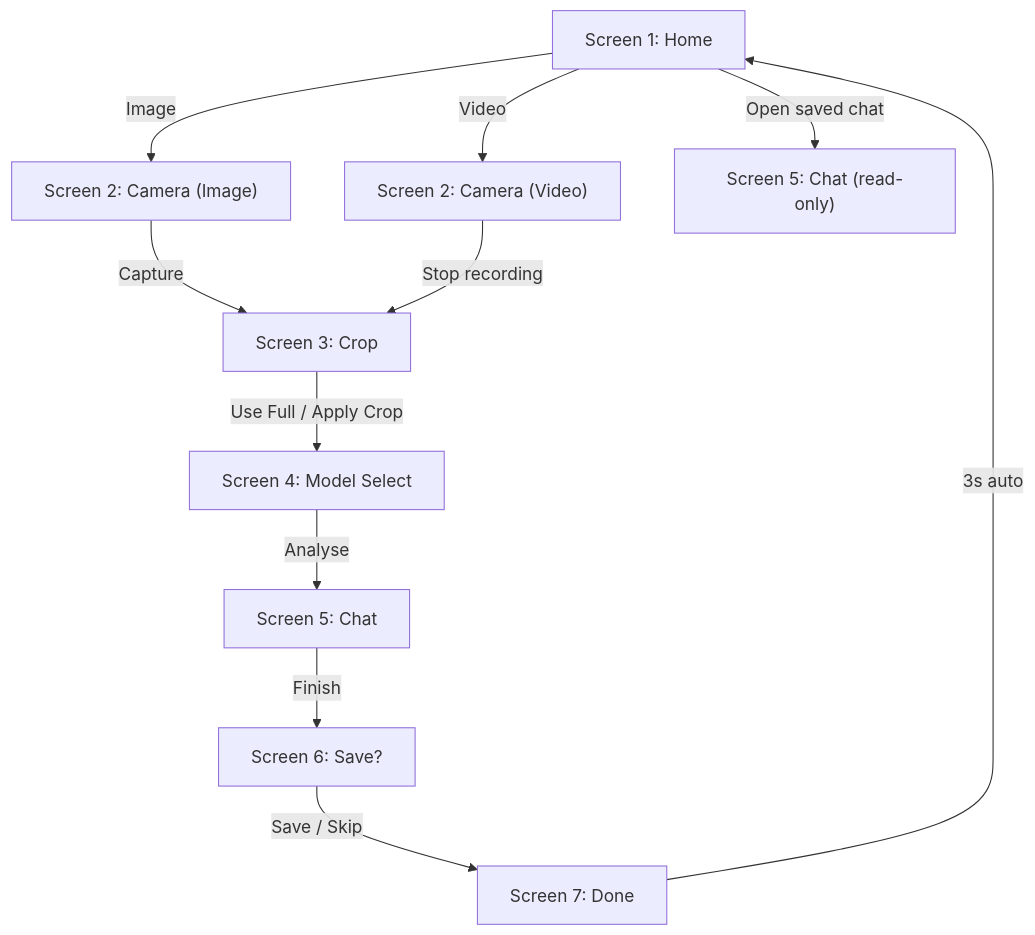
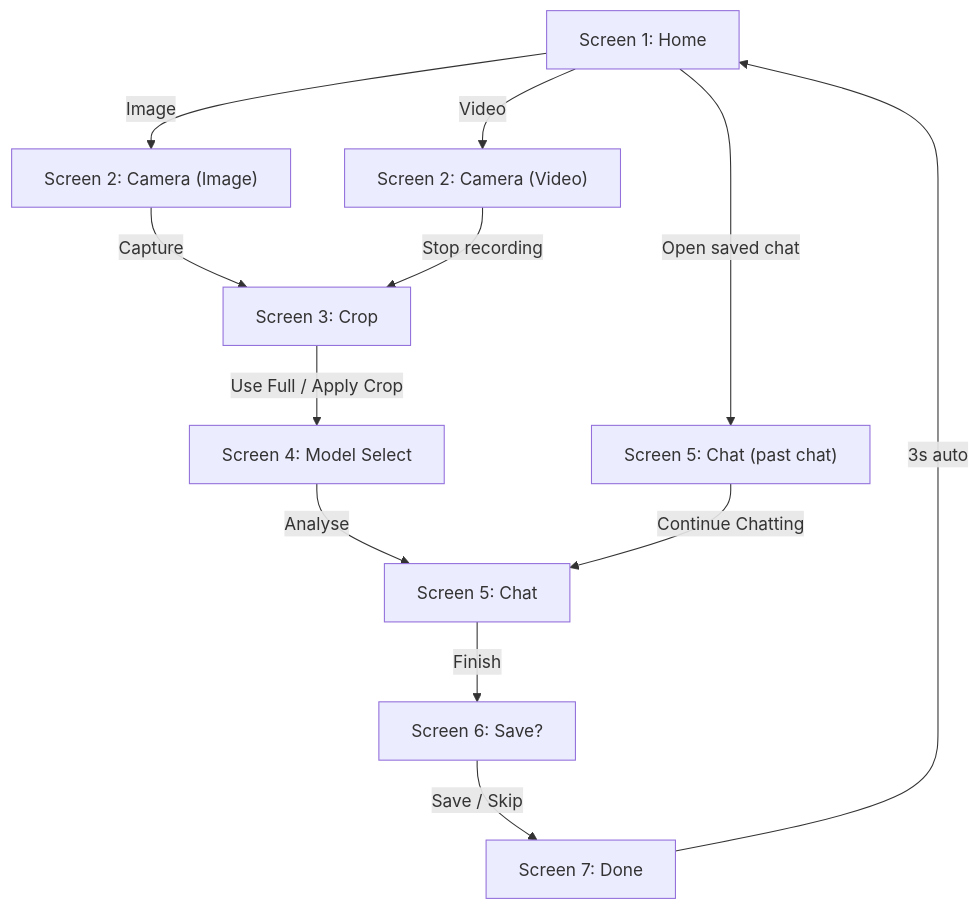
Before and after one commit to Kureishi/Camera_LLM_Inference: the diagram in README.md, drawn with Mermaid.

````diff
--- a/README.md
+++ b/README.md
@@ -54,13 +54,14 @@
 ```mermaid
 graph TD;
     S1["Screen 1: Home"] -->|Image| S2I["Screen 2: Camera (Image)"];
     S1 -->|Video| S2V["Screen 2: Camera (Video)"];
     S2I -->|Capture| S3["Screen 3: Crop"];
     S2V -->|Stop recording| S3;
     S3 -->|Use Full / Apply Crop| S4["Screen 4: Model Select"];
     S4 -->|Analyse| S5["Screen 5: Chat"];
     S5 -->|Finish| S6["Screen 6: Save?"];
     S6 -->|Save / Skip| S7["Screen 7: Done"];
     S7 -->|3s auto| S1;
-    S1 -->|Open saved chat| S5R["Screen 5: Chat (read-only)"];
+    S1 -->|Open saved chat| S5P["Screen 5: Chat (past chat)"];
+    S5P -->|Continue Chatting| S5;
 ```
````
